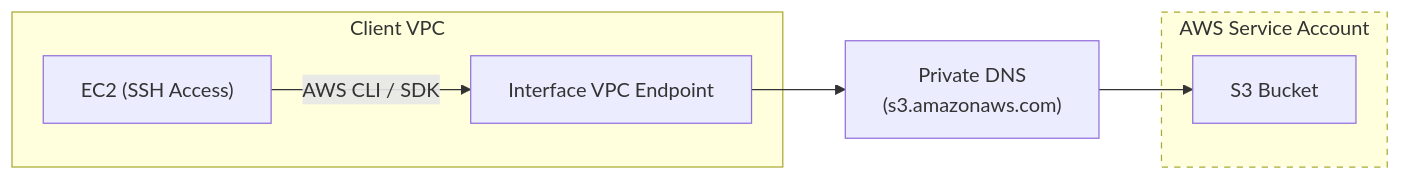
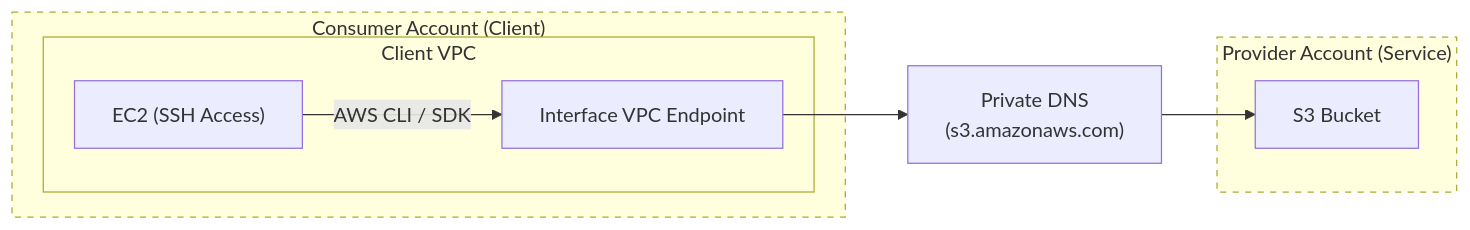
One commit to dgdemo/s3-private-link-demo changed the diagram in README.md. Above: the diagram before and after it, drawn with Mermaid.

Commit message:
Refactor architecture diagram in README.md

````diff
--- a/README.md
+++ b/README.md
@@ -30,19 +30,22 @@
 ```mermaid
 flowchart LR
-    subgraph ClientVPC["Client VPC"]
-        EC2["EC2 (SSH Access)"]
-        VPCE["Interface VPC Endpoint"]
+    subgraph Consumer["Consumer Account (Client)"]
+        subgraph ClientVPC["Client VPC"]
+            EC2["EC2 (SSH Access)"]
+            VPCE["Interface VPC Endpoint"]
+        end
     end
 
-    DNS["Private DNS\n(s3.amazonaws.com)"]
+    DNS["Private DNS<br/>(s3.amazonaws.com)"]
 
-    subgraph AWSService["AWS Service Account"]
+    subgraph Provider["Provider Account (Service)"]
         S3["S3 Bucket"]
     end
 
     EC2 -->|AWS CLI / SDK| VPCE
     VPCE --> DNS
     DNS --> S3
 
-    style AWSService stroke-dasharray: 5 5
+    style Consumer stroke-dasharray: 5 5
+    style Provider stroke-dasharray: 5 5
 ```
````
